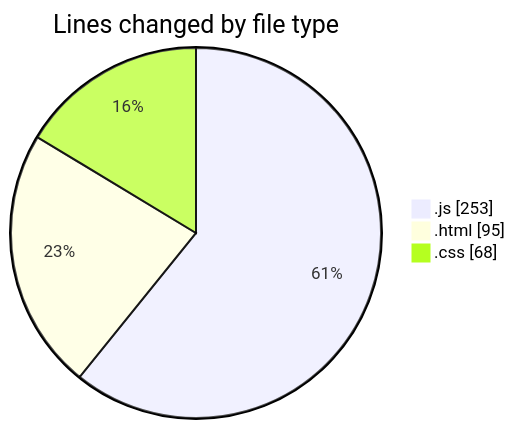
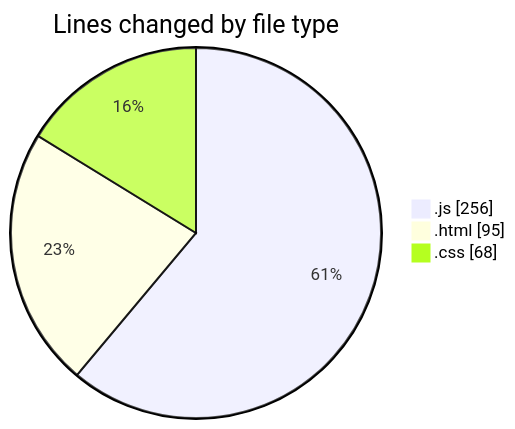
The first of 2 diagrams in 2025-01-24/projects/README.md (Ritupan-Deka/code-tracking), drawn with Mermaid before and after one commit. The commit also changed other lines of this file and 1 other file, not shown here.

````diff
--- a/2025-01-24/projects/README.md
+++ b/2025-01-24/projects/README.md
@@ -29,7 +29,7 @@
 ```mermaid
 pie showData
 title Lines changed by file type
-".js" : 253
+".js" : 256
 ".html" : 95
 ".css" : 68
 ```
````
